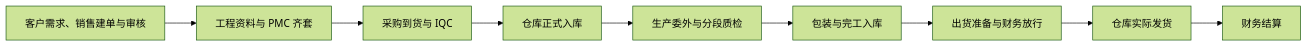
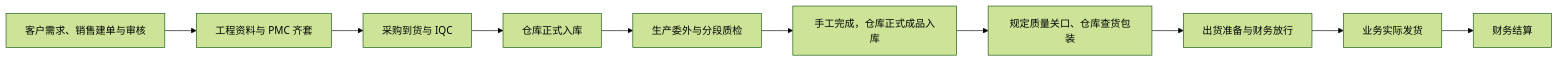
One commit to saurick/plush-toy-erp changed the diagram in docs/customers/yoyoosun/甲方角色职责与业务流转确认表.md. Above: the diagram before and after it, drawn with Mermaid (forest theme). The commit also changed other lines of this file and 408 other files, not shown here.

````diff
--- a/docs/customers/yoyoosun/甲方角色职责与业务流转确认表.md
+++ b/docs/customers/yoyoosun/甲方角色职责与业务流转确认表.md
@@ -57,11 +59,12 @@
 ```mermaid
 flowchart LR
   order["客户需求、销售建单与审核"] --> prepare["工程资料与 PMC 齐套"]
   prepare --> purchase["采购到货与 IQC"]
   purchase --> material["仓库正式入库"]
   material --> production["生产委外与分段质检"]
-  production --> packing["包装与完工入库"]
+  production --> received["手工完成，仓库正式成品入库"]
+  received --> packing["规定质量关口、仓库查货包装"]
   packing --> delivery["出货准备与财务放行"]
-  delivery --> shipped["仓库实际发货"]
+  delivery --> shipped["业务实际发货"]
   shipped --> finance["财务结算"]
 ```
````
